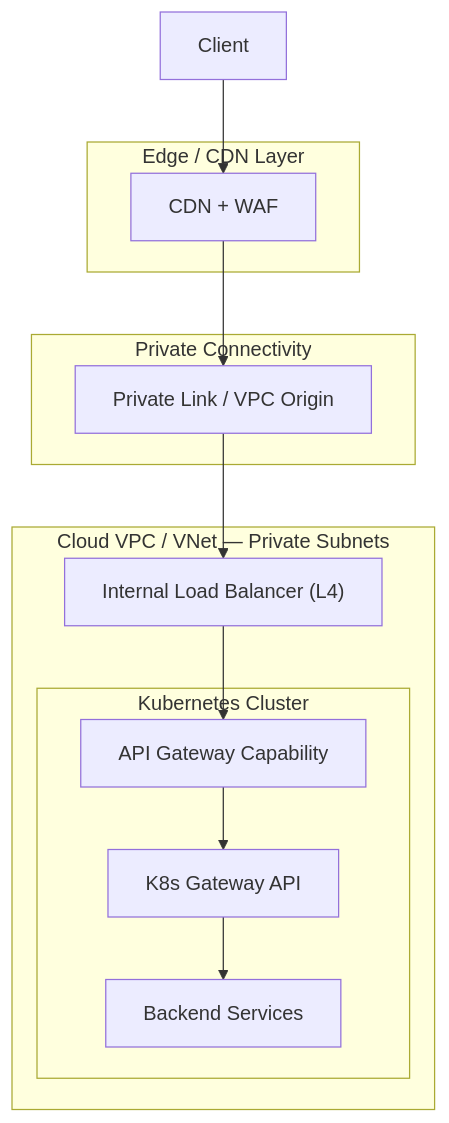
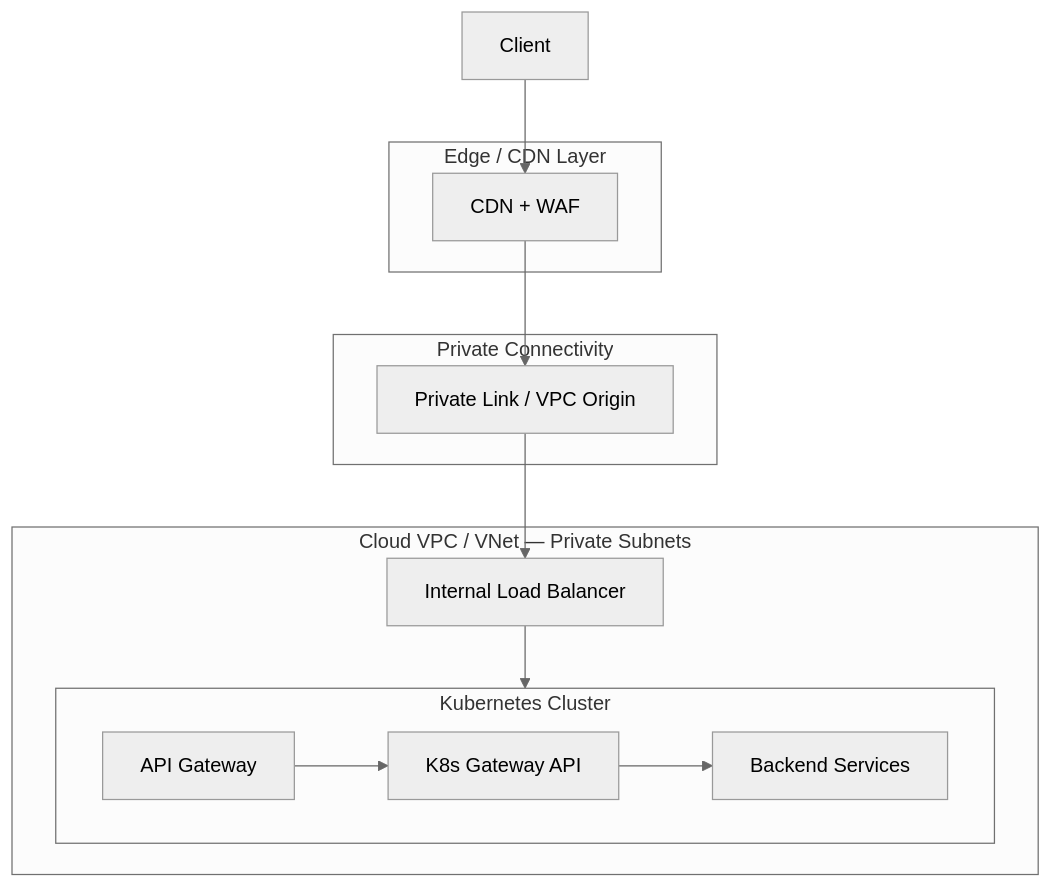
The first of 12 diagrams in README.md (shanaka-versent/EKS-Kong-GatewayAPI-Demo), drawn with Mermaid before and after one commit. The commit also changed other lines of this file, not shown here.

First line of the commit message:
Update all Mermaid diagrams: grayscale theme, horizontal alignment, clean labels

````diff
--- a/README.md
+++ b/README.md
@@ -23,29 +23,31 @@
 ```mermaid
+%%{init: {'theme': 'neutral'}}%%
 flowchart TB
     Client["Client"]
 
     subgraph Edge["Edge / CDN Layer"]
         CDN["CDN + WAF"]
     end
 
     subgraph Private["Private Connectivity"]
         PL["Private Link / VPC Origin"]
     end
 
     subgraph Cloud["Cloud VPC / VNet — Private Subnets"]
-        ILB["Internal Load Balancer (L4)"]
+        ILB["Internal Load Balancer"]
 
         subgraph K8s["Kubernetes Cluster"]
-            APIGW["API Gateway Capability"]
+            direction LR
+            APIGW["API Gateway"]
             GW["K8s Gateway API"]
             SVC["Backend Services"]
         end
     end
 
     Client --> CDN
     CDN --> PL
     PL --> ILB
     ILB --> APIGW
     APIGW --> GW
     GW --> SVC
 ```
````
